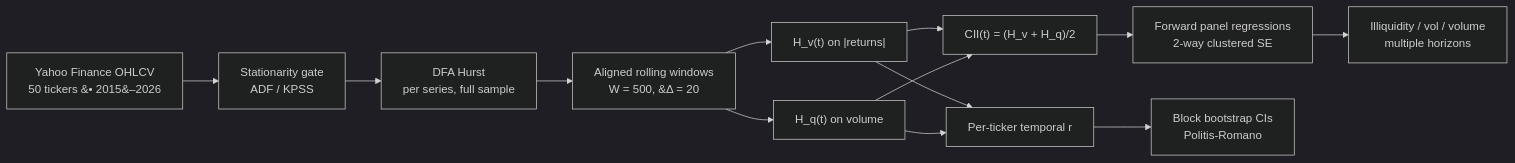
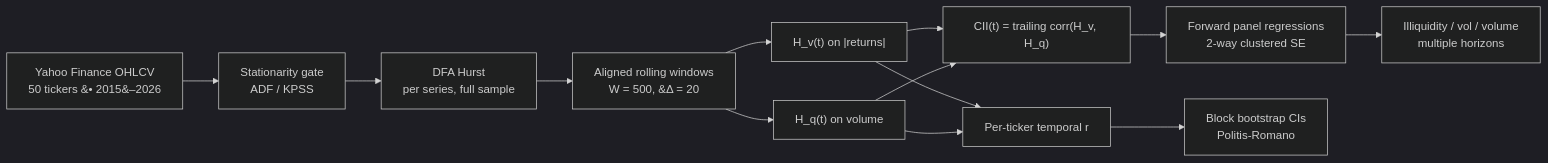
The diagram in README.md (mhdk1602/fractal-pv-coupling), drawn with Mermaid (dark theme) before and after one commit. The commit also changed other lines of this file, not shown here.

````diff
--- a/README.md
+++ b/README.md
@@ -47,15 +48,15 @@
 ```mermaid
 flowchart LR
     R["Yahoo Finance OHLCV<br/>50 tickers &#8226; 2015&#8211;2026"] --> P["Stationarity gate<br/>ADF / KPSS"]
     P --> H["DFA Hurst<br/>per series, full sample"]
     H --> W["Aligned rolling windows<br/>W = 500, &#916; = 20"]
     W --> Hv["H_v(t) on |returns|"]
     W --> Hq["H_q(t) on volume"]
-    Hv --> C["CII(t) = (H_v + H_q)/2"]
+    Hv --> C["CII(t) = trailing corr(H_v, H_q)"]
     Hq --> C
     Hv --> Pcoup["Per-ticker temporal r"]
     Hq --> Pcoup
     C --> X["Forward panel regressions<br/>2-way clustered SE"]
     Pcoup --> B["Block bootstrap CIs<br/>Politis-Romano"]
     X --> O["Illiquidity / vol / volume<br/>multiple horizons"]
 ```
````
